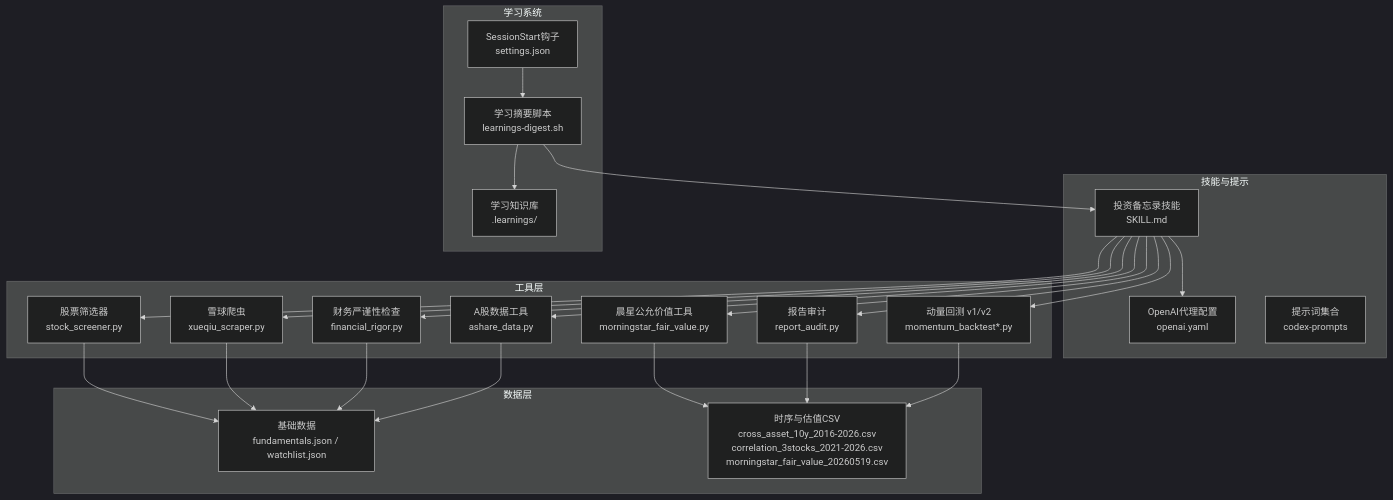
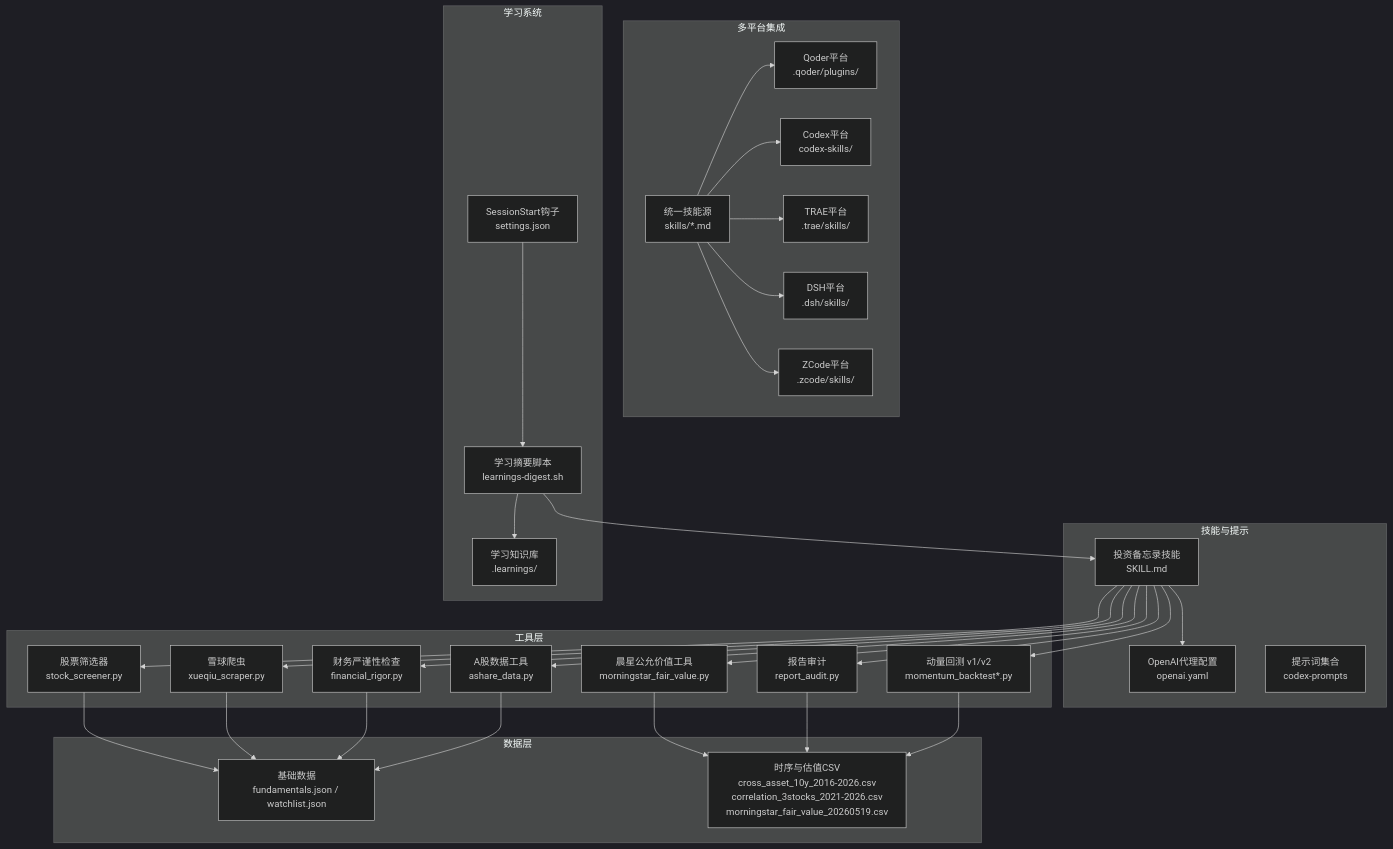
Before and after one commit to Ted-Engineer/ai-berkshire: the second of 13 diagrams in .qoder/repowiki/zh/content/开发者指南/开发者指南.md, drawn with Mermaid (dark theme). The commit also changed other lines of this file and 76 other files, not shown here.

Commit message:
chore(tools): Qoder插件迁移至custom目录(旧ai-berkshire-investment移除) + mnemon记忆hooks集成(.trae/.workbuddy/.zcode) + zcode hooks配置更新

````diff
--- a/.qoder/repowiki/zh/content/开发者指南/开发者指南.md
+++ b/.qoder/repowiki/zh/content/开发者指南/开发者指南.md
@@ -109,44 +123,57 @@
 ```mermaid
 graph TB
 subgraph "技能与提示"
 S1["投资备忘录技能<br/>SKILL.md"]
 P1["OpenAI代理配置<br/>openai.yaml"]
 PR["提示词集合<br/>codex-prompts"]
+end
+subgraph "多平台集成"
+M1["Qoder平台<br/>.qoder/plugins/"]
+M2["Codex平台<br/>codex-skills/"]
+M3["TRAE平台<br/>.trae/skills/"]
+M4["DSH平台<br/>.dsh/skills/"]
+M5["ZCode平台<br/>.zcode/skills/"]
+MS["统一技能源<br/>skills/*.md"]
 end
 subgraph "学习系统"
 L1["学习知识库<br/>.learnings/"]
 L2["学习摘要脚本<br/>learnings-digest.sh"]
 L3["SessionStart钩子<br/>settings.json"]
 end
 subgraph "工具层"
 T1["晨星公允价值工具<br/>morningstar_fair_value.py"]
 T2["股票筛选器<br/>stock_screener.py"]
 T3["雪球爬虫<br/>xueqiu_scraper.py"]
 T4["报告审计<br/>report_audit.py"]
 T5["财务严谨性检查<br/>financial_rigor.py"]
 T6["动量回测 v1/v2<br/>momentum_backtest*.py"]
 T7["A股数据工具<br/>ashare_data.py"]
 end
 subgraph "数据层"
 D1["基础数据<br/>fundamentals.json / watchlist.json"]
 D2["时序与估值CSV<br/>cross_asset_10y_2016-2026.csv<br/>correlation_3stocks_2021-2026.csv<br/>morningstar_fair_value_20260519.csv"]
 end
 S1 --> P1
 S1 --> T1
 S1 --> T2
 S1 --> T3
 S1 --> T4
 S1 --> T5
 S1 --> T6
 S1 --> T7
+MS --> M1
+MS --> M2
+MS --> M3
+MS --> M4
+MS --> M5
 L3 --> L2
 L2 --> L1
 L2 --> S1
 T1 --> D2
 T2 --> D1
 T3 --> D1
 T4 --> D2
 T5 --> D1
 T6 --> D2
 T7 --> D1
 ```
````
